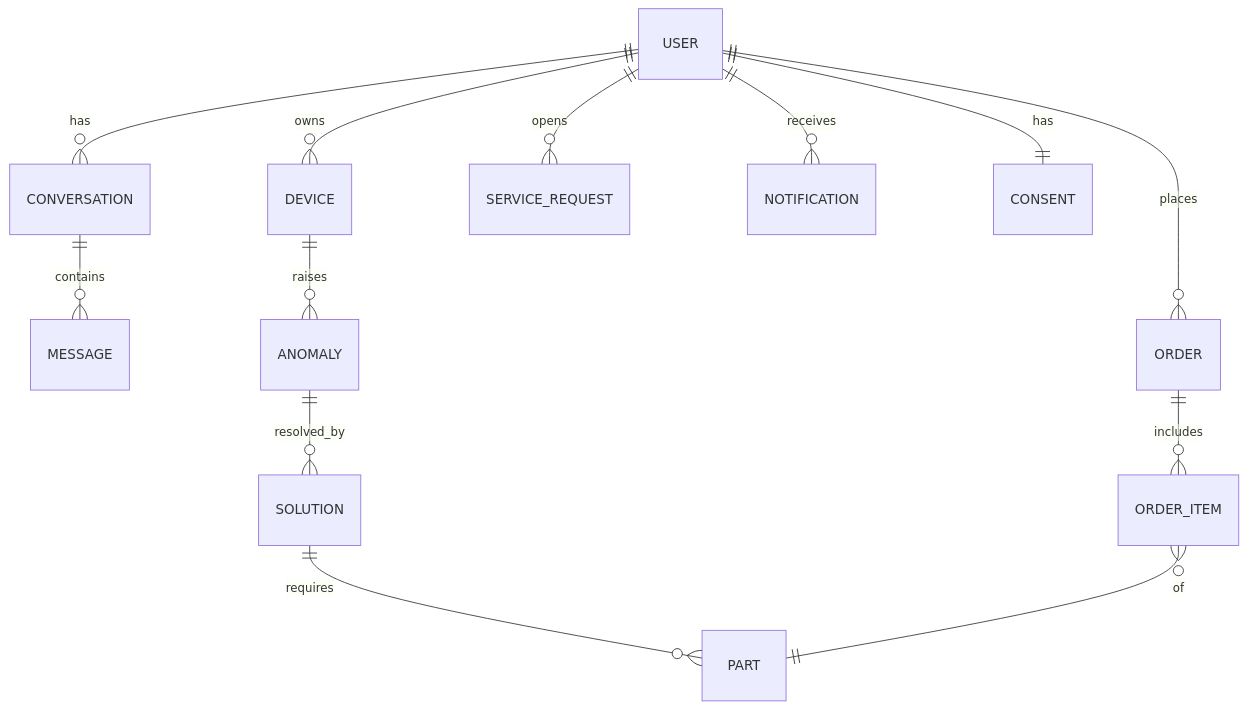
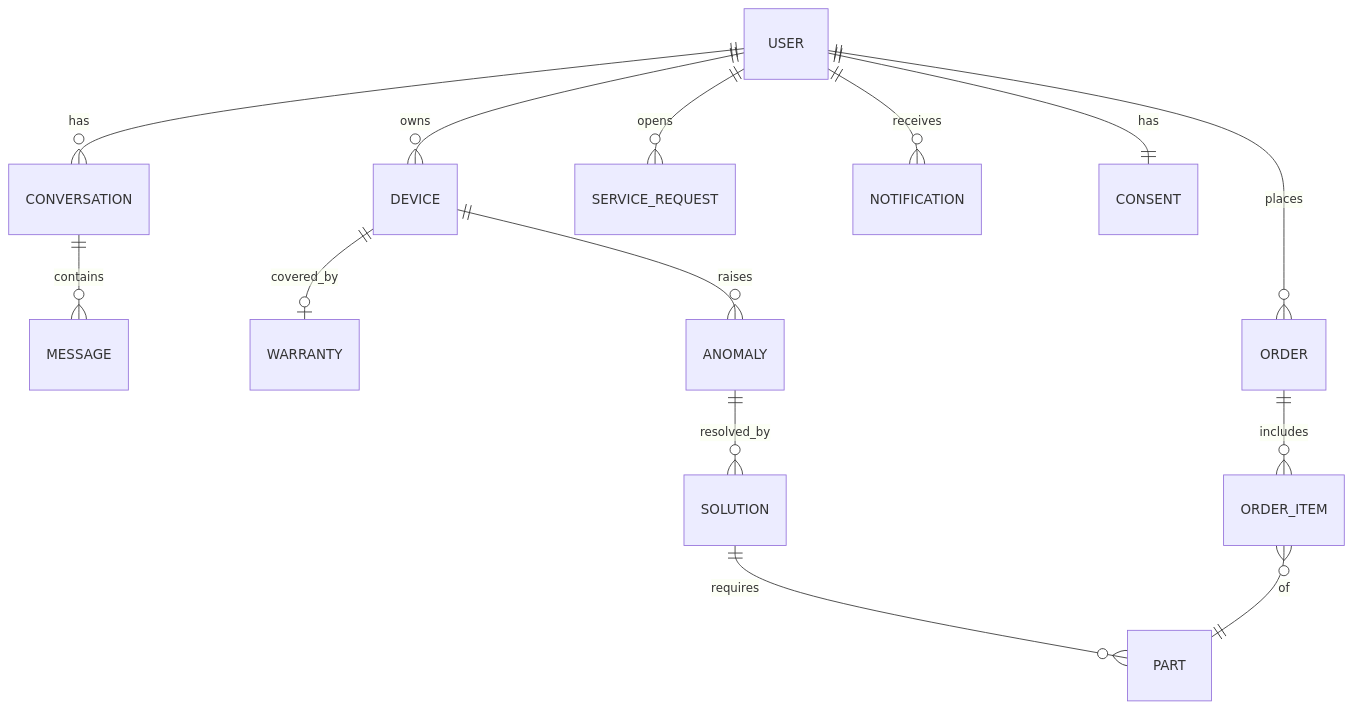
The diagram in docs/data-model.md (92LEEJUN/rubicon-3), drawn with Mermaid before and after one commit. The commit also changed other lines of this file and 3 other files, not shown here.

````diff
--- a/docs/data-model.md
+++ b/docs/data-model.md
@@ -85,15 +94,16 @@
 ```mermaid
 erDiagram
   USER ||--o{ DEVICE : owns
   USER ||--o{ CONVERSATION : has
   CONVERSATION ||--o{ MESSAGE : contains
+  DEVICE ||--o| WARRANTY : covered_by
   DEVICE ||--o{ ANOMALY : raises
   ANOMALY ||--o{ SOLUTION : resolved_by
   SOLUTION ||--o{ PART : requires
   USER ||--o{ ORDER : places
   ORDER ||--o{ ORDER_ITEM : includes
   ORDER_ITEM }o--|| PART : of
   USER ||--o{ SERVICE_REQUEST : opens
   USER ||--o{ NOTIFICATION : receives
   USER ||--|| CONSENT : has
 ```
````
